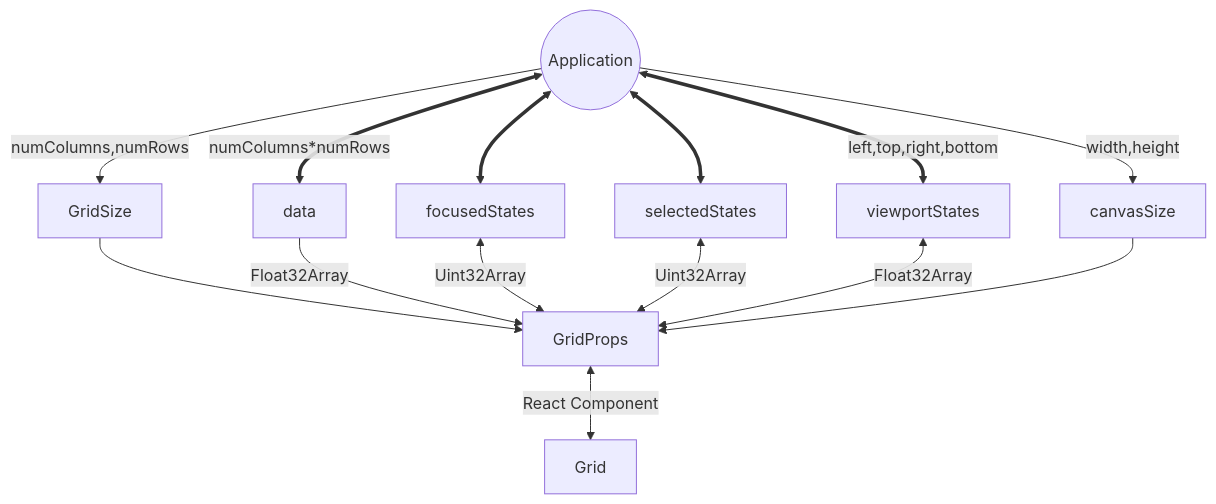
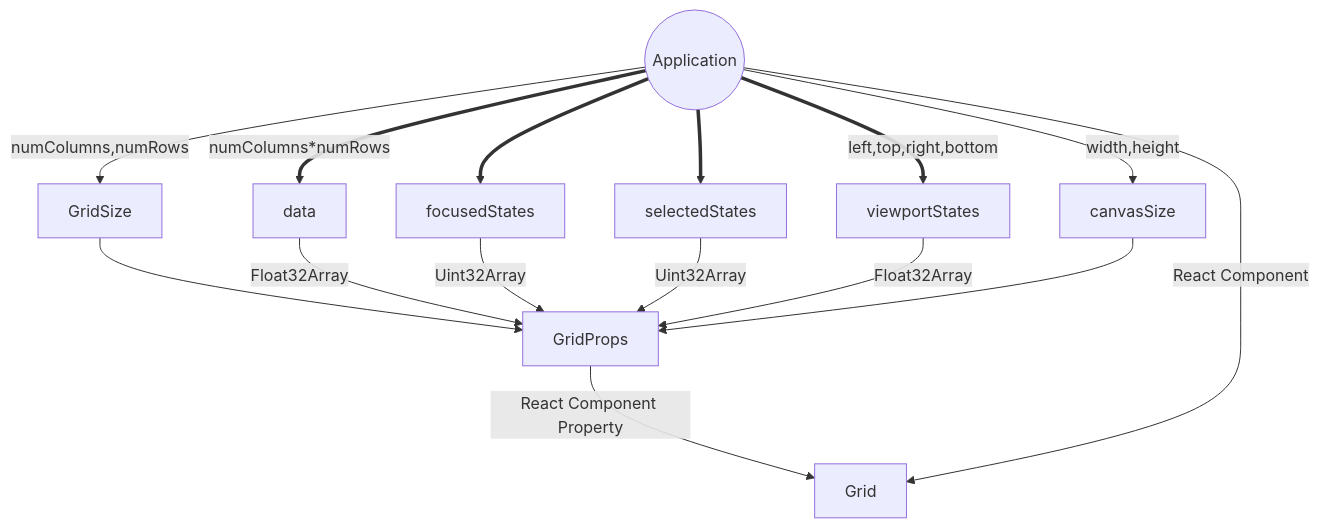
The first of 4 diagrams in README.md (kubohiroya/webgpu-react-bitmap-viewport), drawn with Mermaid before and after one commit. The commit also changed other lines of this file and 10 other files, not shown here.

````diff
--- a/README.md
+++ b/README.md
@@ -126,16 +126,17 @@
 ```mermaid
 graph TD;
         Application((Application))
         Application --> |width,height|canvasSize
         Application --> |numColumns,numRows|GridSize --> GridProps
-        Application <==> |numColumns*numRows|data
-        Application <==> |left,top,right,bottom|viewportStates
-        Application <==> focusedStates
-        Application <==> selectedStates
+        Application ==> |numColumns*numRows|data
+        Application ==> |left,top,right,bottom|viewportStates
+        Application ==> focusedStates
+        Application ==> selectedStates
     data -->|Float32Array| GridProps[GridProps]
-    focusedStates <--> |Uint32Array| GridProps
-    selectedStates <--> |Uint32Array| GridProps
-    viewportStates <--> |Float32Array| GridProps
+    focusedStates --> |Uint32Array| GridProps
+    selectedStates --> |Uint32Array| GridProps
+    viewportStates --> |Float32Array| GridProps
     canvasSize --> GridProps
-    GridProps <--> |React Component| Grid
+    GridProps --> |React Component Property| Grid
+    Application --> |React Component|Grid
 ```
````
